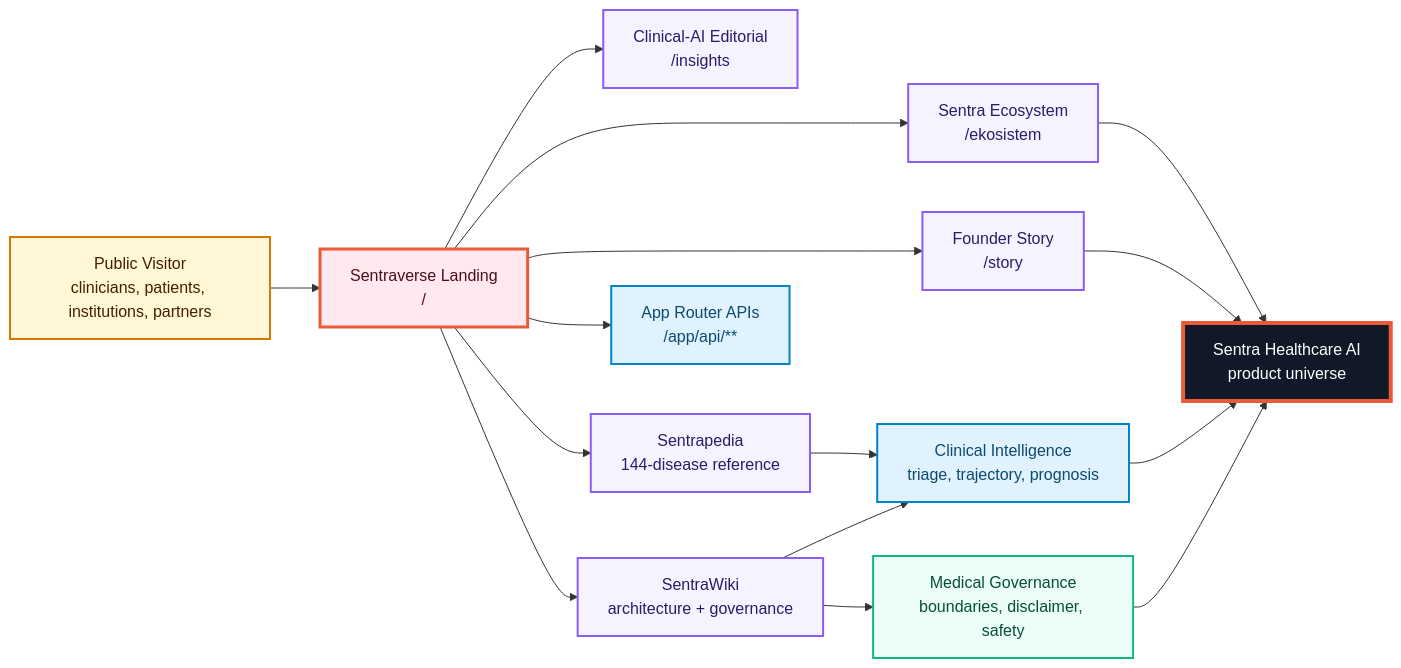
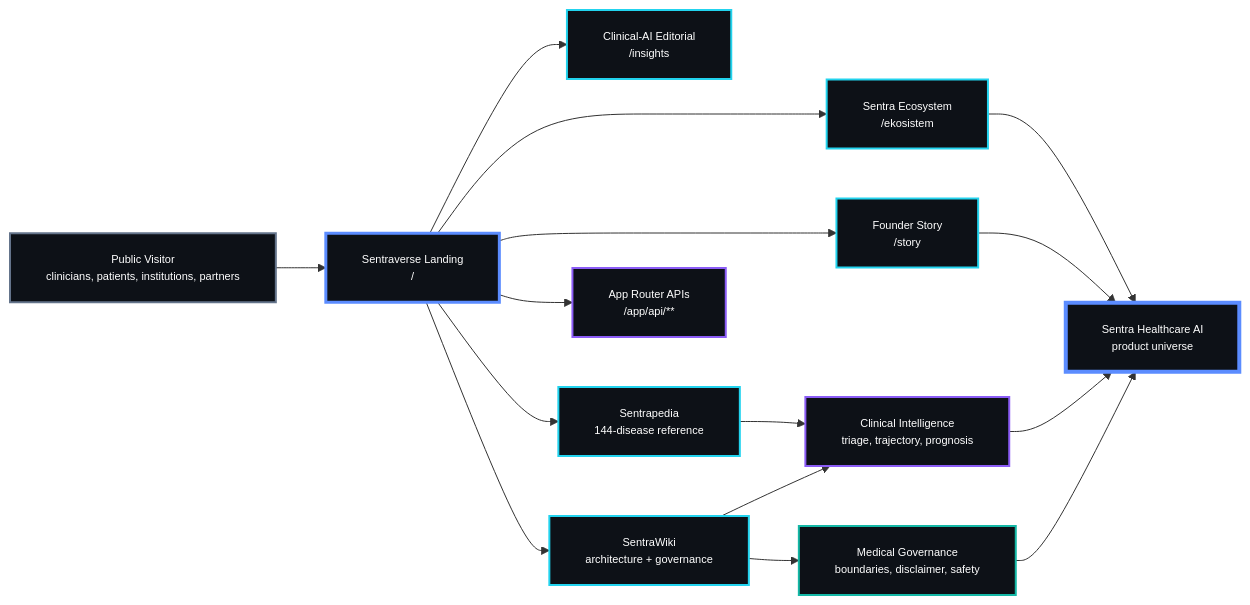
The first of 9 diagrams in README.md (drferdi/Sentraverse), drawn with Mermaid before and after one commit. The commit also changed other lines of this file, not shown here.

````diff
--- a/README.md
+++ b/README.md
@@ -143,44 +163,45 @@
 ```mermaid
+%%{init: {"flowchart": {"padding": 18}, "themeVariables": {"fontFamily": "monospace", "fontSize": "11px"}}}%%
 flowchart LR
     Public["Public Visitor<br/>clinicians, patients, institutions, partners"]
     Home["Sentraverse Landing<br/>/"]
     Story["Founder Story<br/>/story"]
     Insights["Clinical-AI Editorial<br/>/insights"]
     Pedia["Sentrapedia<br/>144-disease reference"]
     Ecosystem["Sentra Ecosystem<br/>/ekosistem"]
     Wiki["SentraWiki<br/>architecture + governance"]
     APIs["App Router APIs<br/>/app/api/**"]
     Clinical["Clinical Intelligence<br/>triage, trajectory, prognosis"]
     Governance["Medical Governance<br/>boundaries, disclaimer, safety"]
     Sentra["Sentra Healthcare AI<br/>product universe"]
 
     Public --> Home
     Home --> Story
     Home --> Insights
     Home --> Pedia
     Home --> Ecosystem
     Home --> Wiki
     Home --> APIs
 
     Pedia --> Clinical
     Wiki --> Clinical
     Wiki --> Governance
     Ecosystem --> Sentra
     Story --> Sentra
     Clinical --> Sentra
     Governance --> Sentra
 
-    classDef visitor fill:#FFF7D6,stroke:#D97706,color:#422006,stroke-width:2px;
-    classDef home fill:#FFE8EE,stroke:#EB5939,color:#4A1020,stroke-width:3px;
-    classDef content fill:#F5F3FF,stroke:#8B5CF6,color:#2D1B69,stroke-width:2px;
-    classDef clinical fill:#E0F2FE,stroke:#0284C7,color:#0C4A6E,stroke-width:2px;
-    classDef governance fill:#ECFDF5,stroke:#10B981,color:#064E3B,stroke-width:2px;
-    classDef sentra fill:#111827,stroke:#EB5939,color:#FFFFFF,stroke-width:4px;
+    classDef visitor fill:#0D1117,stroke:#64748B,color:#FFFFFF,stroke-width:2px;
+    classDef home fill:#0D1117,stroke:#5B8CFF,color:#FFFFFF,stroke-width:3px;
+    classDef content fill:#0D1117,stroke:#22D3EE,color:#FFFFFF,stroke-width:2px;
+    classDef clinical fill:#0D1117,stroke:#8B5CF6,color:#FFFFFF,stroke-width:2px;
+    classDef governance fill:#0D1117,stroke:#14B8A6,color:#FFFFFF,stroke-width:2px;
+    classDef sentra fill:#0D1117,stroke:#5B8CFF,color:#FFFFFF,stroke-width:4px;
 
     class Public visitor;
     class Home home;
     class Story,Insights,Pedia,Ecosystem,Wiki content;
     class APIs,Clinical clinical;
     class Governance governance;
     class Sentra sentra;
 ```
````
